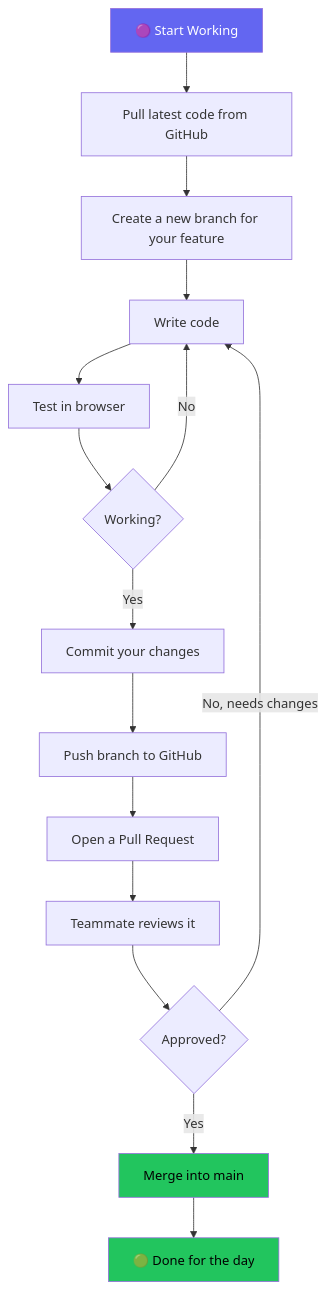
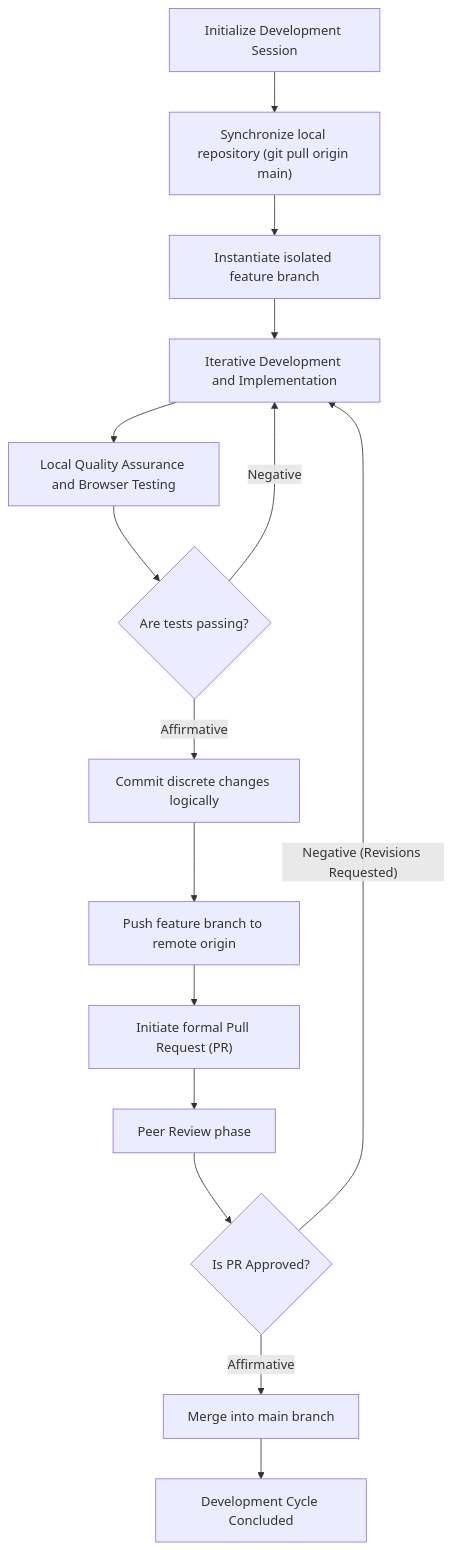
The second of 2 diagrams in 02-git-workflow.md (findrishu/semicolon), drawn with Mermaid before and after one commit. The commit also changed other lines of this file and 5 other files, not shown here.

````diff
--- a/02-git-workflow.md
+++ b/02-git-workflow.md
@@ -28,21 +28,17 @@
 ```mermaid
 flowchart TD
-    A["🟣 Start Working"] --> B["Pull latest code from GitHub"]
-    B --> C["Create a new branch for your feature"]
-    C --> D["Write code"]
-    D --> E["Test in browser"]
-    E --> F{"Working?"}
-    F -- "No" --> D
-    F -- "Yes" --> G["Commit your changes"]
-    G --> H["Push branch to GitHub"]
-    H --> I["Open a Pull Request"]
-    I --> J["Teammate reviews it"]
-    J --> K{"Approved?"}
-    K -- "No, needs changes" --> D
-    K -- "Yes" --> L["Merge into main"]
-    L --> M["🟢 Done for the day"]
-
-    style A fill:#6366f1,color:#fff
-    style L fill:#22c55e,color:#000
-    style M fill:#22c55e,color:#000
+    A["Initialize Development Session"] --> B["Synchronize local repository (git pull origin main)"]
+    B --> C["Instantiate isolated feature branch"]
+    C --> D["Iterative Development and Implementation"]
+    D --> E["Local Quality Assurance and Browser Testing"]
+    E --> F{"Are tests passing?"}
+    F -- "Negative" --> D
+    F -- "Affirmative" --> G["Commit discrete changes logically"]
+    G --> H["Push feature branch to remote origin"]
+    H --> I["Initiate formal Pull Request (PR)"]
+    I --> J["Peer Review phase"]
+    J --> K{"Is PR Approved?"}
+    K -- "Negative (Revisions Requested)" --> D
+    K -- "Affirmative" --> L["Merge into main branch"]
+    L --> M["Development Cycle Concluded"]
 ```
````
